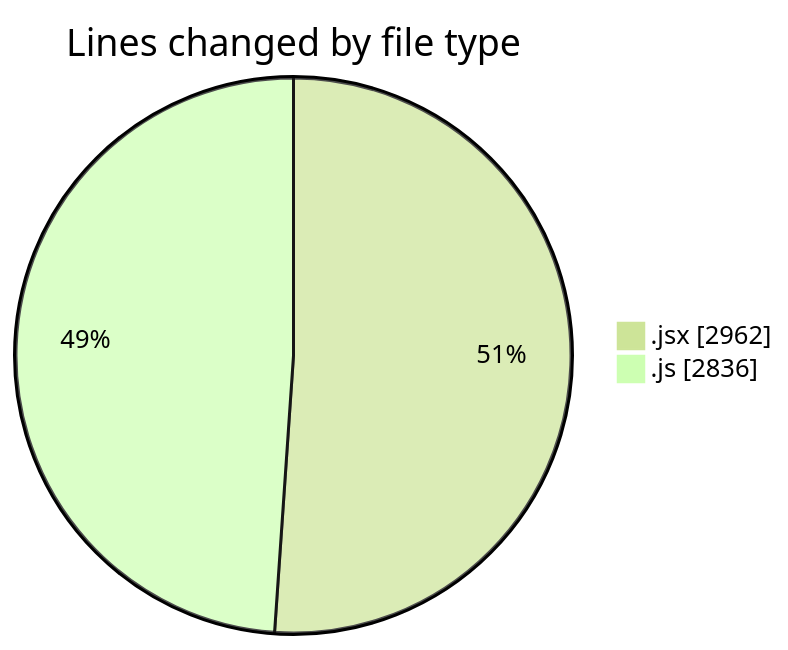
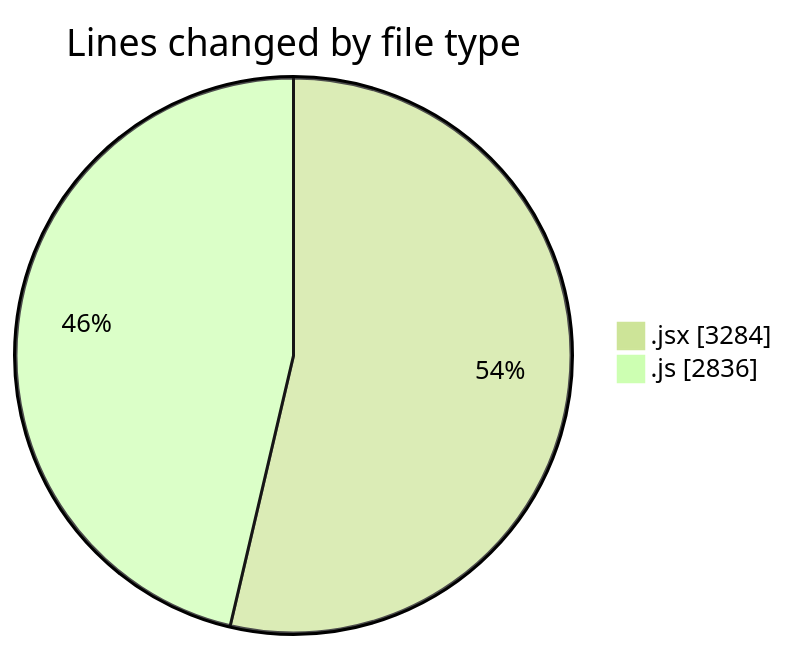
One commit to nxtqubesakshisongat/code-tracking changed the first of 2 diagrams in 2025-09-23/nxtqube_webapp/README.md. Above: the diagram before and after it, drawn with Mermaid (forest theme). The commit also changed other lines of this file and 1 other file, not shown here.

````diff
--- a/2025-09-23/nxtqube_webapp/README.md
+++ b/2025-09-23/nxtqube_webapp/README.md
@@ -23,6 +23,6 @@
 ```mermaid
 pie showData
 title Lines changed by file type
-".jsx" : 2962
+".jsx" : 3284
 ".js" : 2836
 ```
````
